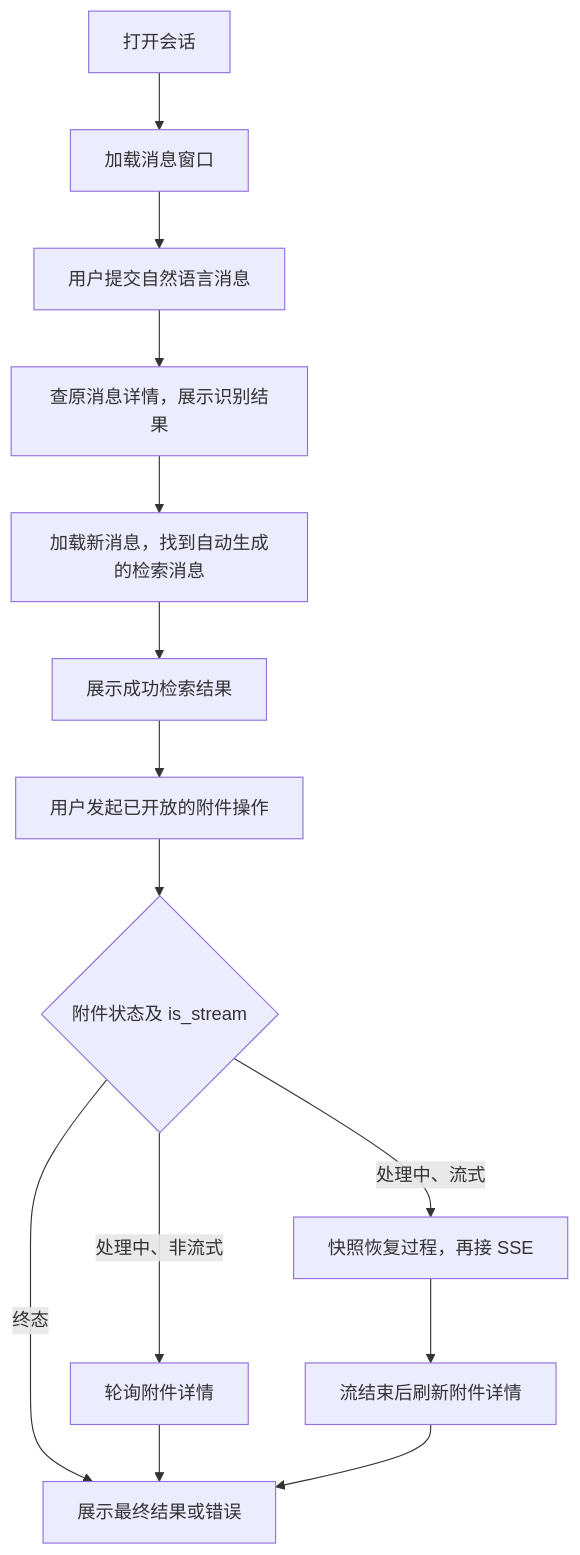
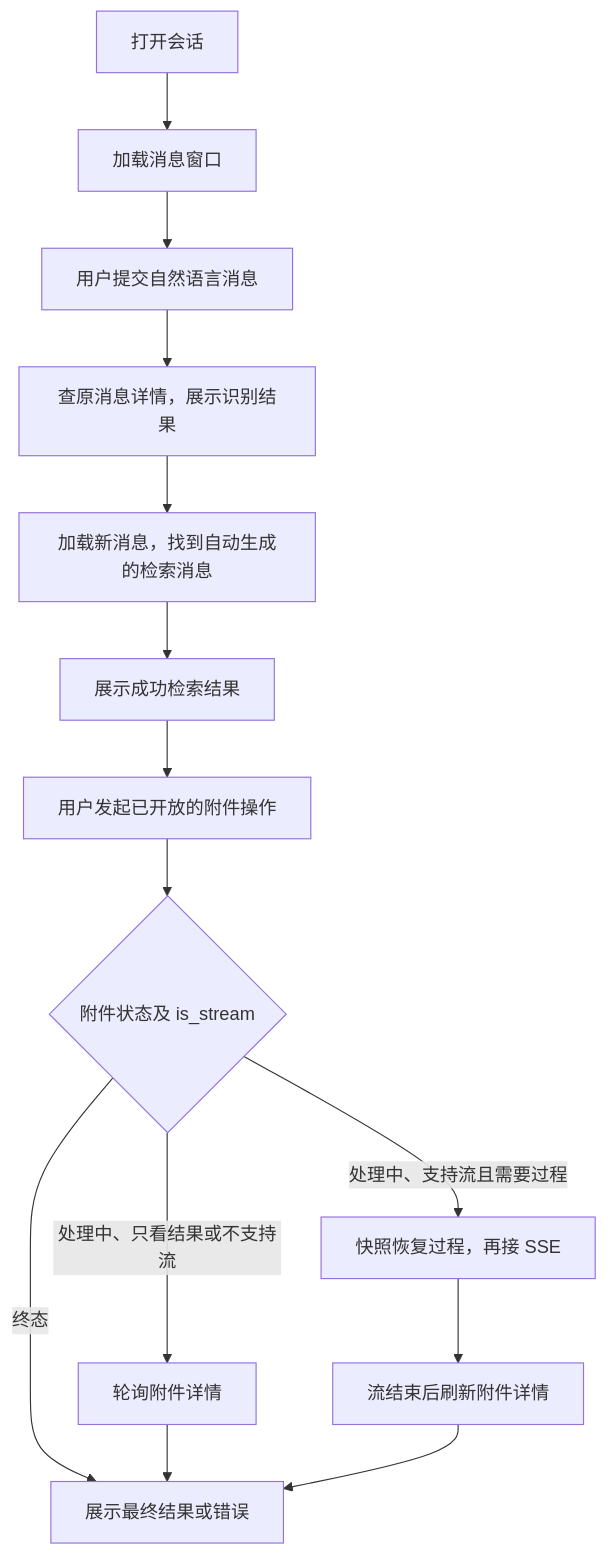
The first of 4 diagrams in src/backend/services/web/ai_assistant/docs/frontend_integration.md (TencentBlueKing/bk-audit), drawn with Mermaid before and after one commit. The commit also changed other lines of this file and 9 other files, not shown here.

````diff
--- a/src/backend/services/web/ai_assistant/docs/frontend_integration.md
+++ b/src/backend/services/web/ai_assistant/docs/frontend_integration.md
@@ -33,16 +33,16 @@
 ```mermaid
 flowchart TD
     A[打开会话] --> B[加载消息窗口]
     B --> C[用户提交自然语言消息]
     C --> D[查原消息详情，展示识别结果]
     D --> E[加载新消息，找到自动生成的检索消息]
     E --> F[展示成功检索结果]
     F --> G[用户发起已开放的附件操作]
     G --> H{附件状态及 is_stream}
     H -->|终态| I[展示最终结果或错误]
-    H -->|处理中、非流式| J[轮询附件详情]
-    H -->|处理中、流式| K[快照恢复过程，再接 SSE]
+    H -->|处理中、只看结果或不支持流| J[轮询附件详情]
+    H -->|处理中、支持流且需要过程| K[快照恢复过程，再接 SSE]
     J --> I
     K --> L[流结束后刷新附件详情]
     L --> I
 ```
````
